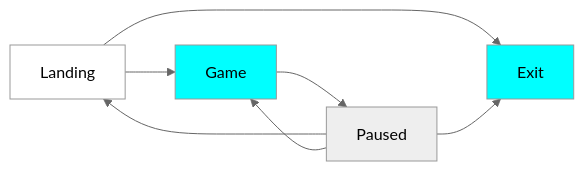
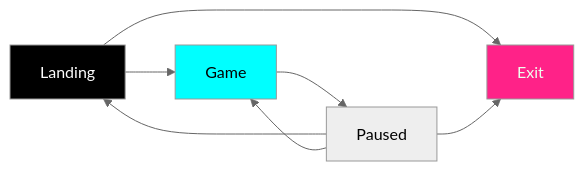
Before and after one commit to entitycs/WaMBaM: the second of 5 diagrams in docs/indev.md, drawn with Mermaid (neutral theme). The commit also changed other lines of this file, not shown here.

````diff
--- a/docs/indev.md
+++ b/docs/indev.md
@@ -13,10 +13,11 @@
 ```mermaid
 
 flowchart LR
-Landing:::Current --> Game:::Next & Exit:::Next
+Landing:::Current --> Game:::Next & Exit:::End
 Game --> Paused
 Paused --> Exit & Landing & Game
 
-classDef Current fill:white
-classDef Next fill:aqua
+classDef Current fill:black,color:white
+classDef Next fill:aqua,color:black
+classDef End fill:#f28,color:#efe
 ```
````
